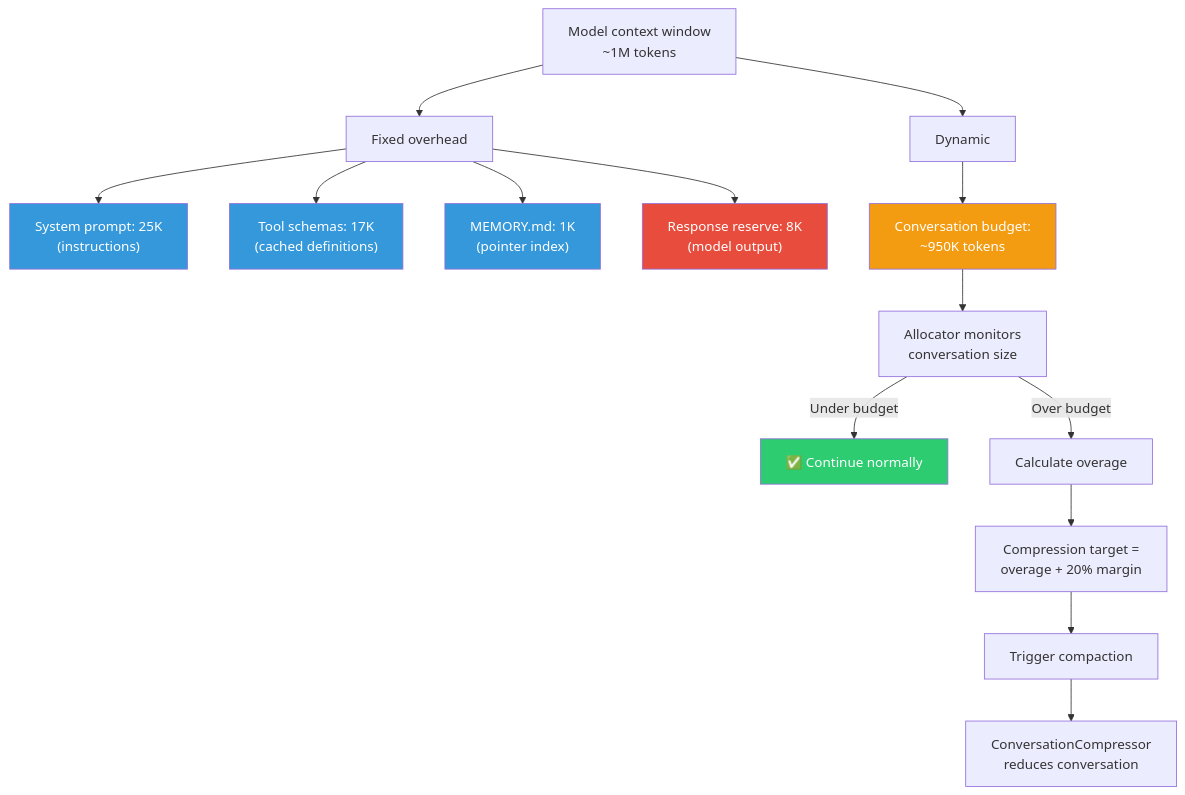
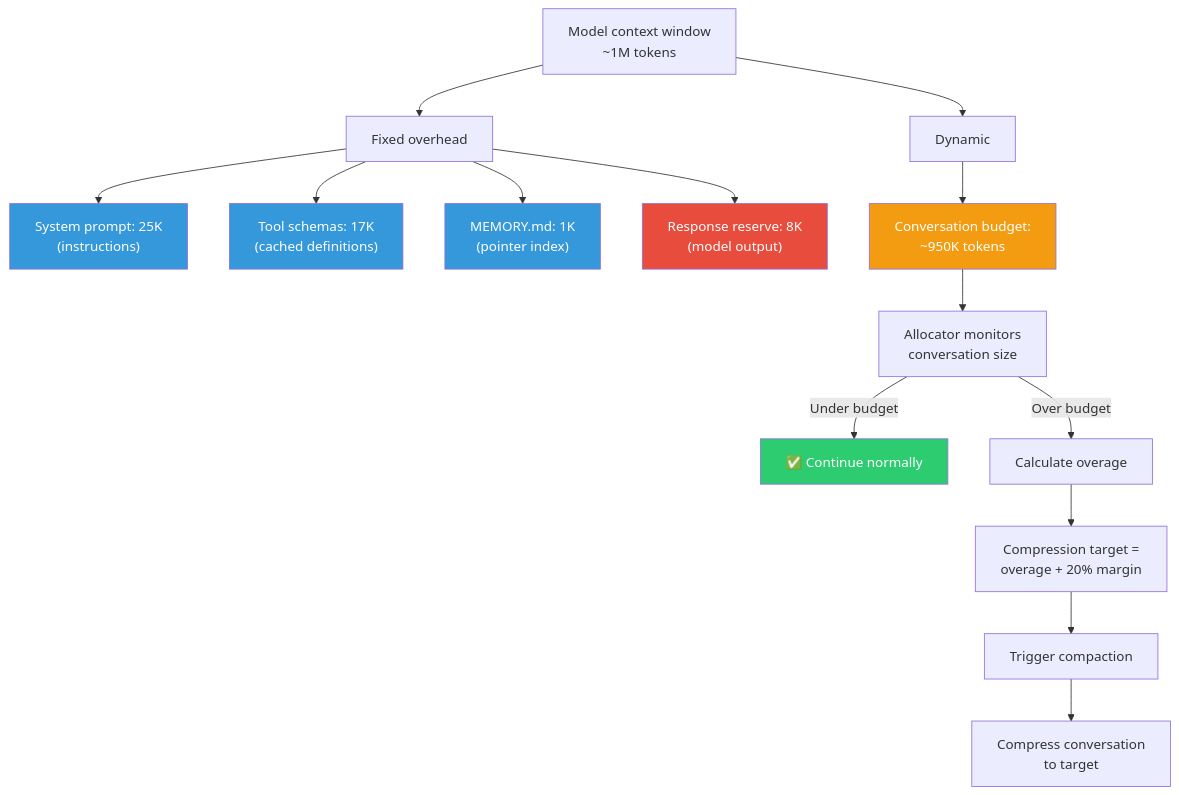
One commit to hi-space/claude-code-unpack-docs changed the sixth of 7 diagrams in docs/deep/en/memory/self-healing-memory.md. Above: the diagram before and after it, drawn with Mermaid. The commit also changed other lines of this file and 36 other files, not shown here.

````diff
--- a/docs/deep/en/memory/self-healing-memory.md
+++ b/docs/deep/en/memory/self-healing-memory.md
@@ -196,29 +198,29 @@
 ```mermaid
 graph TB
     Total["Model context window<br/>~1M tokens"] 
     
     Total --> Fixed["Fixed overhead"]
     Total --> Dynamic["Dynamic"]
     
     Fixed --> SysPrompt["System prompt: 25K<br/>(instructions)"]
     Fixed --> Tools["Tool schemas: 17K<br/>(cached definitions)"]
     Fixed --> Memory["MEMORY.md: 1K<br/>(pointer index)"]
     Fixed --> Reserve["Response reserve: 8K<br/>(model output)"]
     
     Dynamic --> Budget["Conversation budget:<br/>~950K tokens"]
     
     Budget --> Monitor["Allocator monitors<br/>conversation size"]
     Monitor -->|Under budget| Continue["✅ Continue normally"]
     Monitor -->|Over budget| Calc["Calculate overage"]
     
     Calc --> Target["Compression target =<br/>overage + 20% margin"]
     Target --> Trigger["Trigger compaction"]
-    Trigger --> Compress["ConversationCompressor<br/>reduces conversation"]
+    Trigger --> Compress["Compress conversation<br/>to target"]
     
     style Continue fill:#2ecc71,color:#fff
     style SysPrompt fill:#3498db,color:#fff
     style Tools fill:#3498db,color:#fff
     style Memory fill:#3498db,color:#fff
     style Reserve fill:#e74c3c,color:#fff
     style Budget fill:#f39c12,color:#fff
 ```
````
